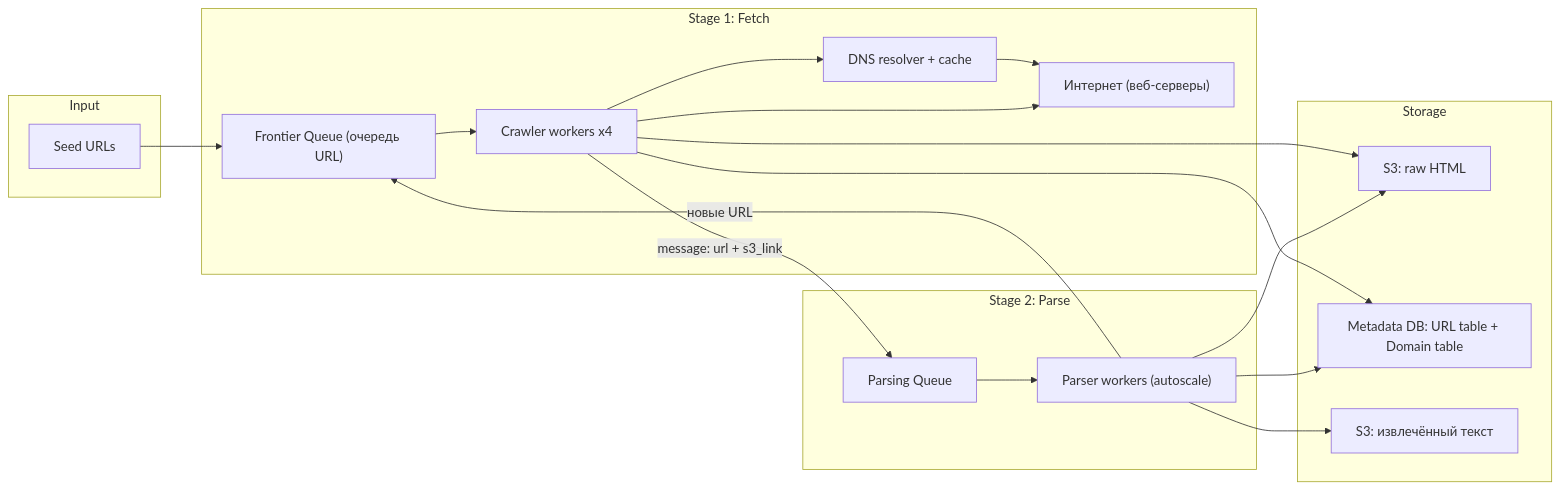
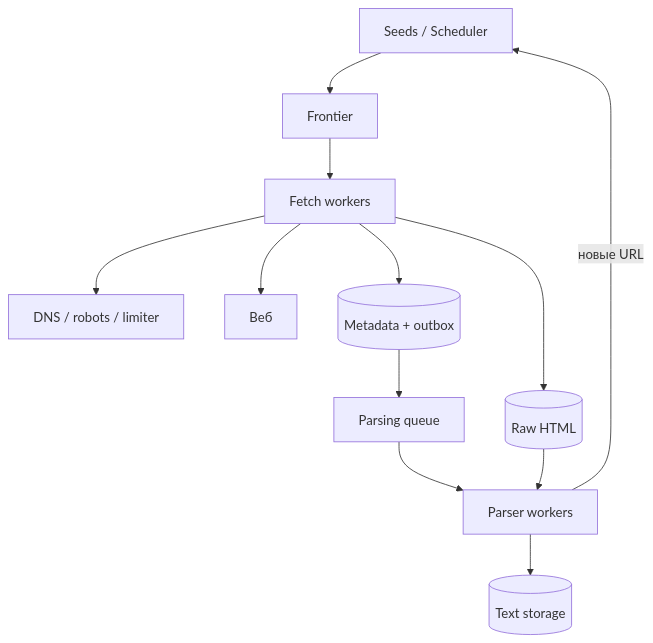
The first of 6 diagrams in 02-case-studies/web-crawler.md (AlohaJava/system-design-interview-chamkin), drawn with Mermaid before and after one commit. The commit also changed other lines of this file and 49 other files, not shown here.

````diff
--- a/02-case-studies/web-crawler.md
+++ b/02-case-studies/web-crawler.md
@@ -124,40 +119,14 @@
 ```mermaid
-flowchart LR
-    subgraph Input
-        Seeds["Seed URLs"]
-    end
-
-    Seeds --> FQ
-
-    subgraph "Stage 1: Fetch"
-        FQ["Frontier Queue (очередь URL)"]
-        Crawler["Crawler workers x4"]
-        DNS["DNS resolver + cache"]
-        Web["Интернет (веб-серверы)"]
-        FQ --> Crawler
-        Crawler --> DNS
-        DNS --> Web
-        Crawler --> Web
-    end
-
-    subgraph Storage
-        S3Raw["S3: raw HTML"]
-        Meta["Metadata DB: URL table + Domain table"]
-        S3Txt["S3: извлечённый текст"]
-    end
-
-    Crawler --> S3Raw
-    Crawler --> Meta
-
-    subgraph "Stage 2: Parse"
-        PQ["Parsing Queue"]
-        Parser["Parser workers (autoscale)"]
-        PQ --> Parser
-    end
-
-    Crawler -->|"message: url + s3_link"| PQ
-    Parser --> S3Raw
-    Parser --> S3Txt
-    Parser -->|"новые URL"| FQ
-    Parser --> Meta
+flowchart TB
+    S["Seeds / Scheduler"] --> F["Frontier"]
+    F --> W["Fetch workers"]
+    W --> D["DNS / robots / limiter"]
+    W --> WEB["Веб"]
+    W --> B[("Raw HTML")]
+    W --> M[("Metadata + outbox")]
+    M --> Q["Parsing queue"]
+    Q --> P["Parser workers"]
+    B --> P
+    P --> T[("Text storage")]
+    P -- "новые URL" --> S
 ```
````
